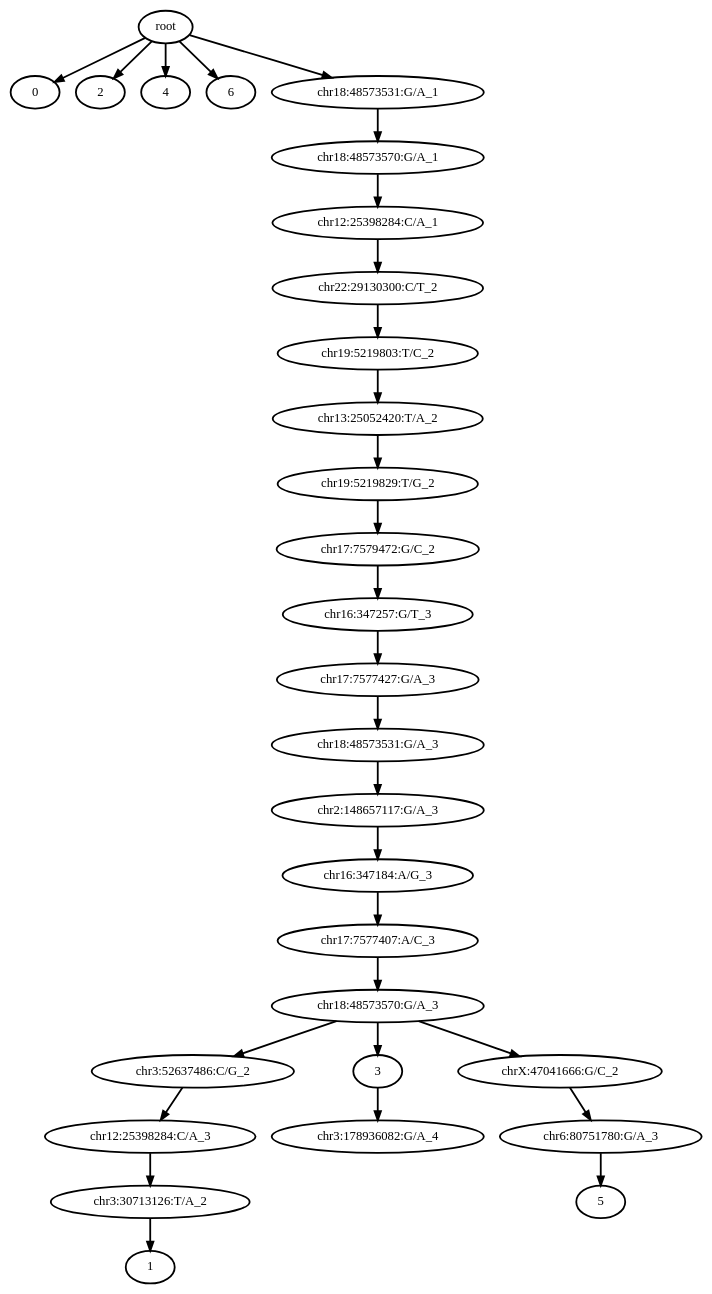
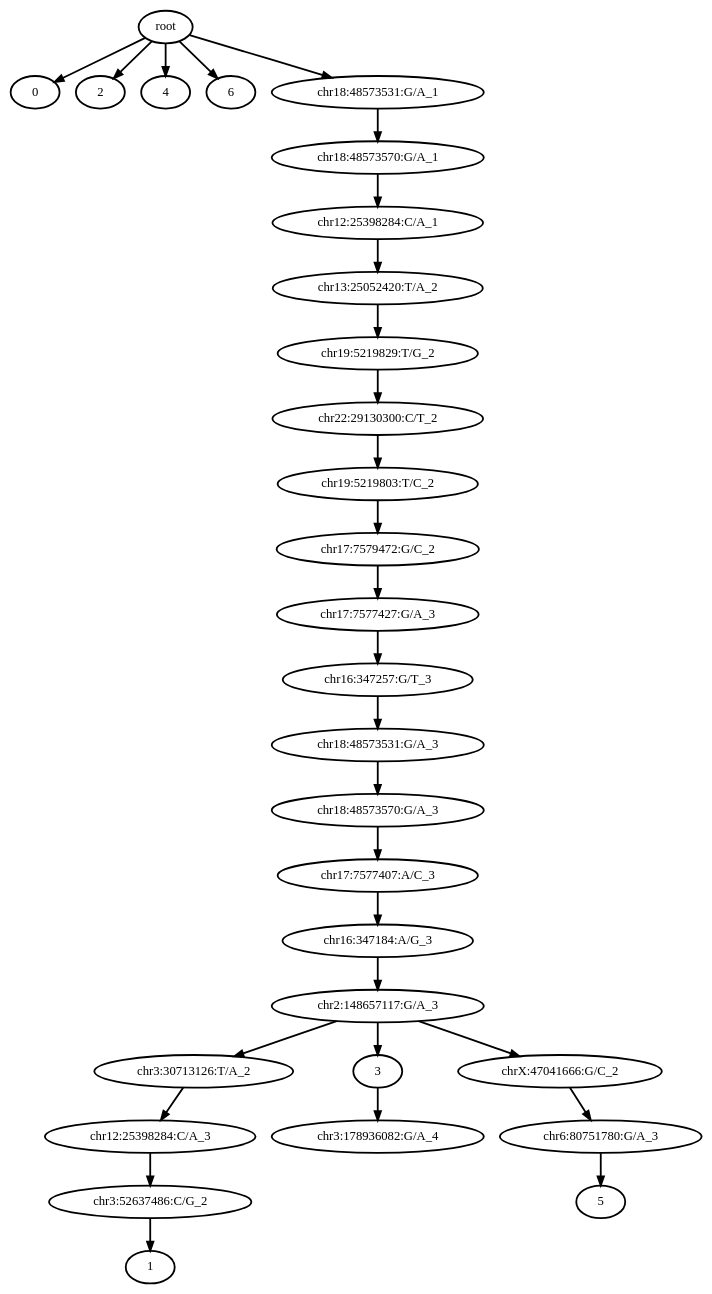
The diagram in 0_condor_pipeline/condor_outputs/RA17_22/out_tree.dot (haochenz96/Tapestri_main_manuscript_analysis), drawn with Graphviz before and after one commit. The commit also changed 1647 other files, not shown here.

```diff
--- a/0_condor_pipeline/condor_outputs/RA17_22/out_tree.dot
+++ b/0_condor_pipeline/condor_outputs/RA17_22/out_tree.dot
@@ -1,61 +1,61 @@
 digraph N {
 	overlap="false"
 	rankdir="TB"
 	0 [label="root", style="bold"];
 	1 [label="0", style="bold"];
-	2 [label="chr3:52637486:C/G_2", style="bold"];
+	2 [label="chr3:30713126:T/A_2", style="bold"];
 	3 [label="chr12:25398284:C/A_3", style="bold"];
-	4 [label="chr3:30713126:T/A_2", style="bold"];
+	4 [label="chr3:52637486:C/G_2", style="bold"];
 	5 [label="1", style="bold"];
 	6 [label="2", style="bold"];
 	7 [label="3", style="bold"];
 	8 [label="4", style="bold"];
 	9 [label="chrX:47041666:G/C_2", style="bold"];
 	10 [label="chr6:80751780:G/A_3", style="bold"];
 	11 [label="5", style="bold"];
 	12 [label="6", style="bold"];
 	13 [label="chr3:178936082:G/A_4", style="bold"];
-	14 [label="chr22:29130300:C/T_2", style="bold"];
-	15 [label="chr19:5219803:T/C_2", style="bold"];
-	16 [label="chr13:25052420:T/A_2", style="bold"];
-	17 [label="chr19:5219829:T/G_2", style="bold"];
+	14 [label="chr13:25052420:T/A_2", style="bold"];
+	15 [label="chr19:5219829:T/G_2", style="bold"];
+	16 [label="chr22:29130300:C/T_2", style="bold"];
+	17 [label="chr19:5219803:T/C_2", style="bold"];
 	18 [label="chr17:7579472:G/C_2", style="bold"];
-	19 [label="chr16:347257:G/T_3", style="bold"];
-	20 [label="chr17:7577427:G/A_3", style="bold"];
+	19 [label="chr17:7577427:G/A_3", style="bold"];
+	20 [label="chr16:347257:G/T_3", style="bold"];
 	21 [label="chr18:48573531:G/A_3", style="bold"];
-	22 [label="chr2:148657117:G/A_3", style="bold"];
-	23 [label="chr16:347184:A/G_3", style="bold"];
-	24 [label="chr17:7577407:A/C_3", style="bold"];
-	25 [label="chr18:48573570:G/A_3", style="bold"];
+	22 [label="chr18:48573570:G/A_3", style="bold"];
+	23 [label="chr17:7577407:A/C_3", style="bold"];
+	24 [label="chr16:347184:A/G_3", style="bold"];
+	25 [label="chr2:148657117:G/A_3", style="bold"];
 	26 [label="chr18:48573531:G/A_1", style="bold"];
 	27 [label="chr18:48573570:G/A_1", style="bold"];
 	28 [label="chr12:25398284:C/A_1", style="bold"];
 	0 -> 1 [style="bold"];
 	0 -> 6 [style="bold"];
 	0 -> 8 [style="bold"];
 	0 -> 12 [style="bold"];
 	0 -> 26 [style="bold"];
 	2 -> 3 [style="bold"];
 	3 -> 4 [style="bold"];
 	4 -> 5 [style="bold"];
 	7 -> 13 [style="bold"];
 	9 -> 10 [style="bold"];
 	10 -> 11 [style="bold"];
 	14 -> 15 [style="bold"];
 	15 -> 16 [style="bold"];
 	16 -> 17 [style="bold"];
 	17 -> 18 [style="bold"];
 	18 -> 19 [style="bold"];
 	19 -> 20 [style="bold"];
 	20 -> 21 [style="bold"];
 	21 -> 22 [style="bold"];
 	22 -> 23 [style="bold"];
 	23 -> 24 [style="bold"];
 	24 -> 25 [style="bold"];
 	25 -> 2 [style="bold"];
 	25 -> 7 [style="bold"];
 	25 -> 9 [style="bold"];
 	26 -> 27 [style="bold"];
 	27 -> 28 [style="bold"];
 	28 -> 14 [style="bold"];
 }
```
